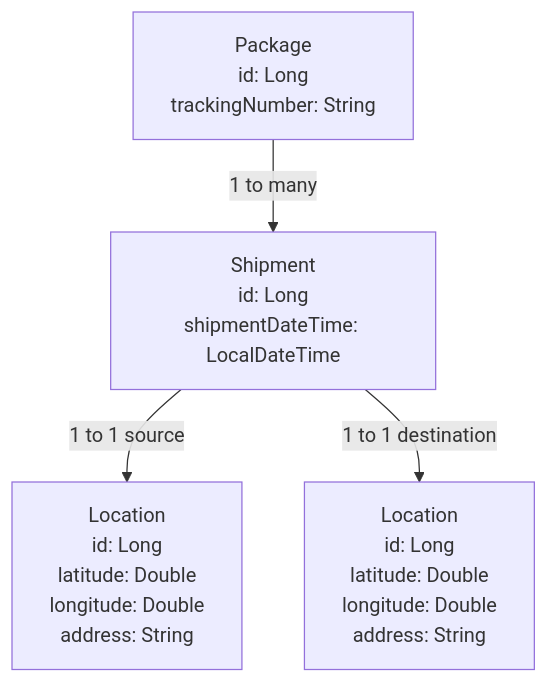
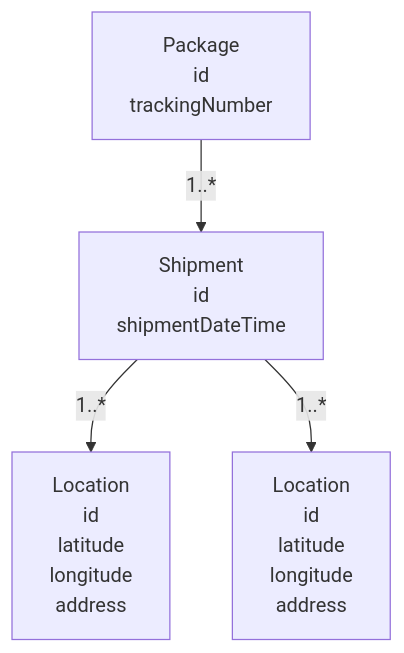
One commit to jonbertelsen/gls changed the second of 2 diagrams in README.md. Above: the diagram before and after it, drawn with Mermaid.

````diff
--- a/README.md
+++ b/README.md
@@ -29,6 +29,6 @@
 ```mermaid
 graph TD
-  Package["Package\nid: Long\ntrackingNumber: String"] -->|1 to many| Shipment["Shipment\nid: Long\nshipmentDateTime: LocalDateTime"]
-  Shipment -->|1 to 1 source| Location1["Location\nid: Long\nlatitude: Double\nlongitude: Double\naddress: String"]
-  Shipment -->|1 to 1 destination| Location2["Location\nid: Long\nlatitude: Double\nlongitude: Double\naddress: String"]
+  Package["Package\nid\ntrackingNumber"] -->|1..*| Shipment["Shipment\nid\nshipmentDateTime"]
+  Shipment -->|1..* | Location_source["Location\nid\nlatitude\nlongitude\naddress"]
+  Shipment -->|1..* | Location_destination["Location\nid\nlatitude\nlongitude\naddress"]
 ```
````
